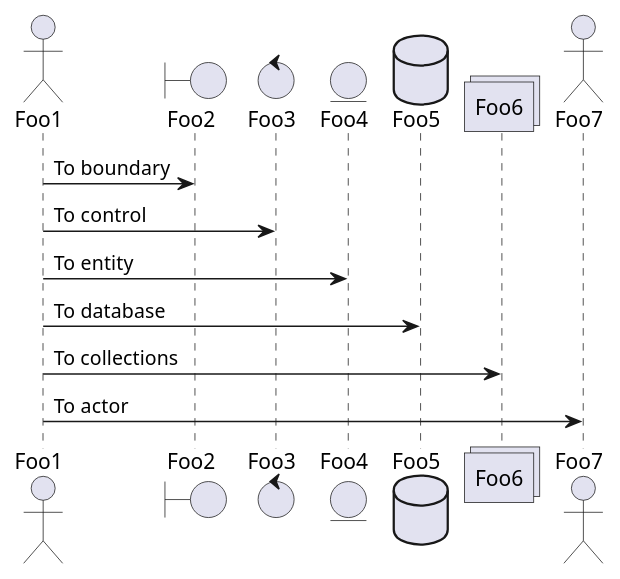
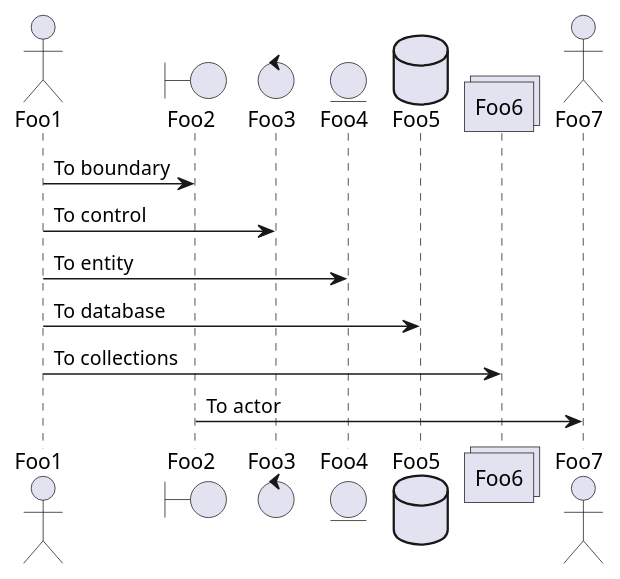
One commit to yoshida-m-3/generate-plantuml changed the diagram in example.md. Above: the diagram before and after it, drawn with PlantUML.

````diff
--- a/example.md
+++ b/example.md
@@ -1,17 +1,17 @@
 ```plantuml:md-sample-sequence
 @startuml
 actor Foo1
 boundary Foo2
 control Foo3
 entity Foo4
 database Foo5
 collections Foo6
 actor Foo7
 Foo1 -> Foo2 : To boundary
 Foo1 -> Foo3 : To control
 Foo1 -> Foo4 : To entity
 Foo1 -> Foo5 : To database
 Foo1 -> Foo6 : To collections
-Foo1 -> Foo7 : To actor
+Foo2 -> Foo7 : To actor
 @enduml
 ```
````
